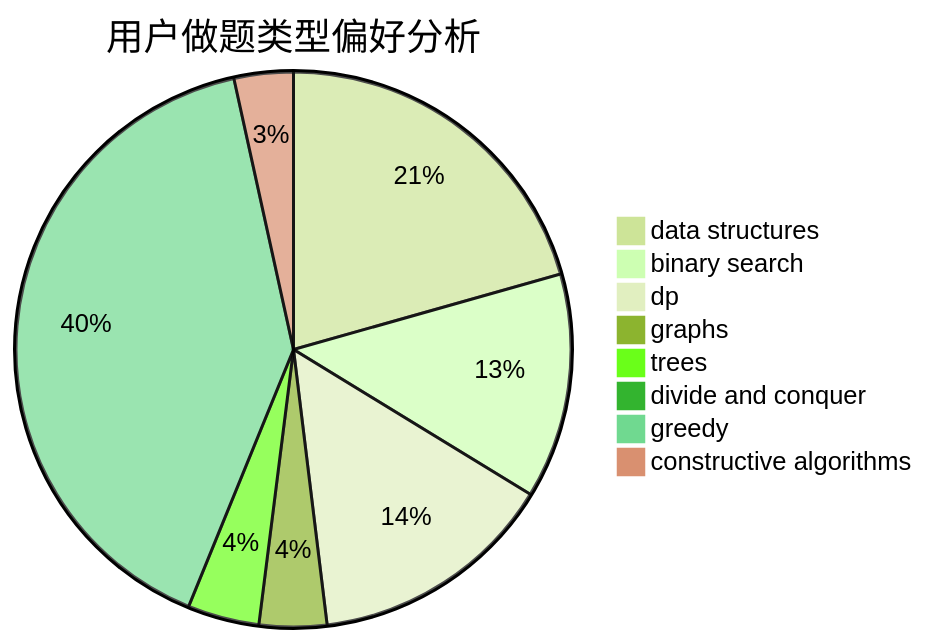
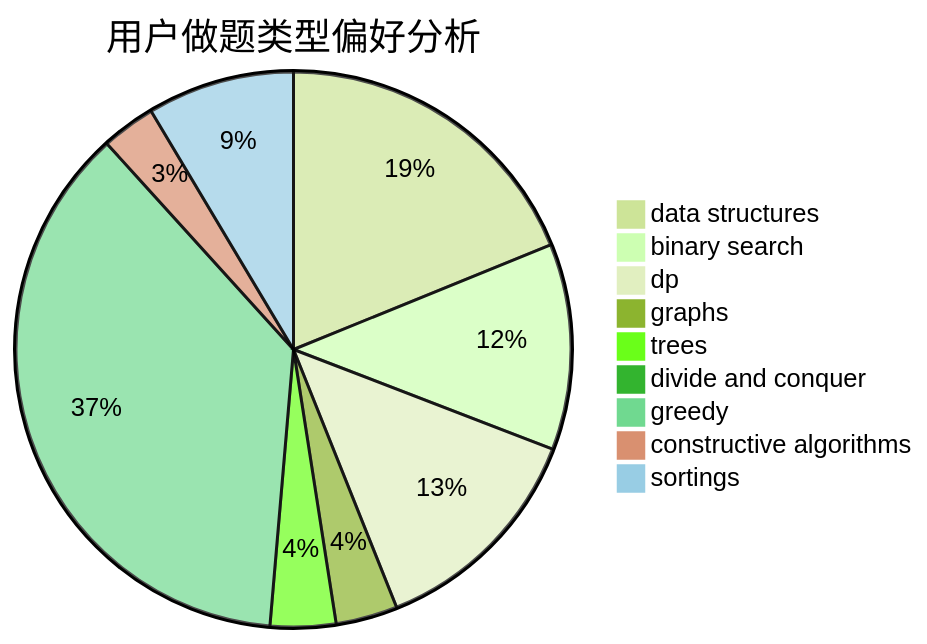
The second of 3 diagrams in docs/user/u1021.md (sherpahu/cfrs.github.io), drawn with Mermaid (forest theme) before and after one commit. The commit also changed other lines of this file and 2769 other files, not shown here.

````diff
--- a/docs/user/u1021.md
+++ b/docs/user/u1021.md
@@ -23,11 +18,12 @@
 ```mermaid
 pie title 用户做题类型偏好分析
     "data structures" :  341
     "binary search" :  217
     "dp" :  237
     "graphs" :  65
     "trees" :  69
     "divide and conquer" :  0
     "greedy" :  668
     "constructive algorithms" :  57
+    "sortings" :  155
 ```
````
